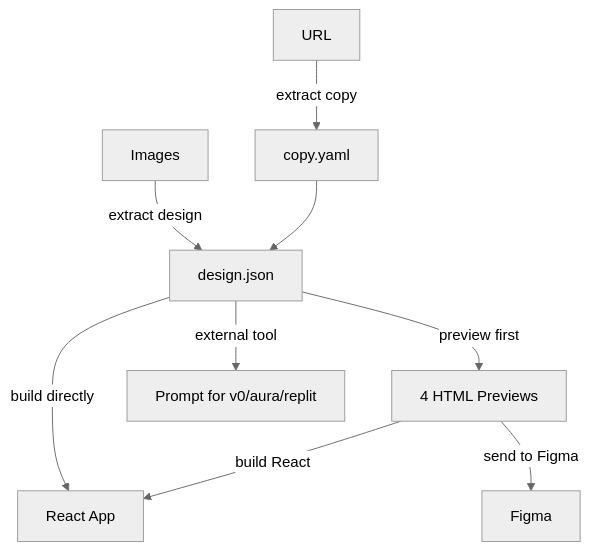
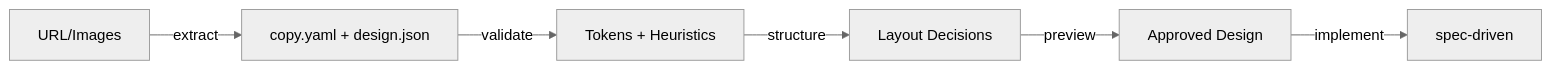
One commit to adeonir/agent-skills changed the diagram in skills/(design)/design-builder/README.md. Above: the diagram before and after it, drawn with Mermaid (neutral theme). The commit also changed other lines of this file and 12 other files, not shown here.

First line of the commit message:
refactor: redesign design-builder as product-engineer flow

````diff
--- a/skills/(design)/design-builder/README.md
+++ b/skills/(design)/design-builder/README.md
@@ -13,11 +13,8 @@
 ```mermaid
-flowchart TD
-    A[URL] -->|extract copy| B[copy.yaml]
-    C[Images] -->|extract design| D[design.json]
-    B --> D
-    D -->|build directly| E[React App]
-    D -->|preview first| F[4 HTML Previews]
-    D -->|external tool| H[Prompt for v0/aura/replit]
-    F -->|build React| E
-    F -->|send to Figma| G[Figma]
+flowchart LR
+    A[URL/Images] -->|extract| B[copy.yaml + design.json]
+    B -->|validate| C[Tokens + Heuristics]
+    C -->|structure| D[Layout Decisions]
+    D -->|preview| E[Approved Design]
+    E -->|implement| F[spec-driven]
 ```
````
